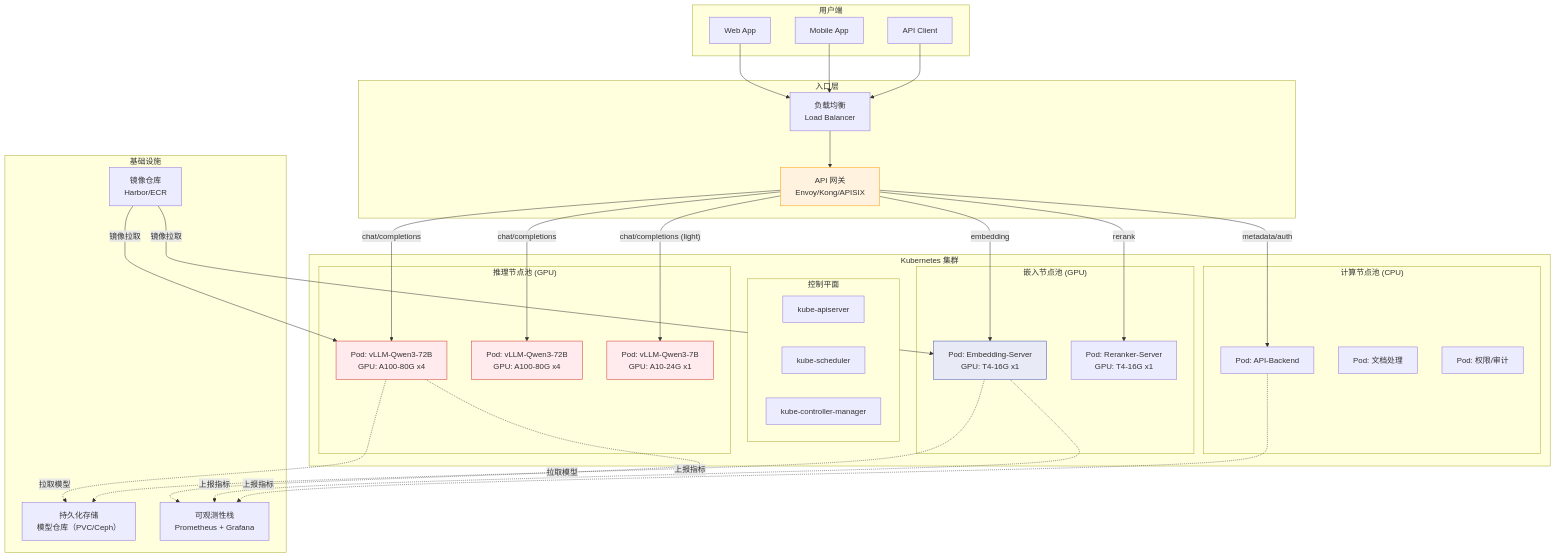
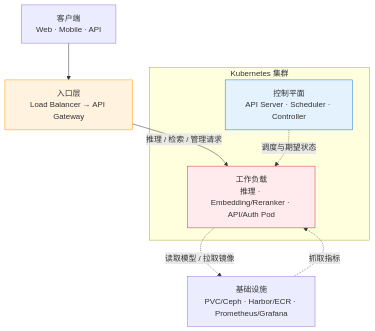
Before and after one commit to BeefWrap4/LLM-Knowledge-Base: the second of 7 diagrams in 24_云原生部署与工程化.md, drawn with Mermaid. The commit also changed other lines of this file and 8 other files, not shown here.

Commit message:
Fix Mermaid semantics and Obsidian layouts

````diff
--- a/24_云原生部署与工程化.md
+++ b/24_云原生部署与工程化.md
@@ -99,70 +99,22 @@
 ```mermaid
 graph TB
-    subgraph "用户端"
-        U1["Web App"]
-        U2["Mobile App"]
-        U3["API Client"]
+    Clients["客户端<br/>Web · Mobile · API"]
+    Entry["入口层<br/>Load Balancer → API Gateway"]
+
+    subgraph "Kubernetes 集群"
+        Control["控制平面<br/>API Server · Scheduler · Controller"]
+        Workloads["工作负载<br/>推理 · Embedding/Reranker · API/Auth Pod"]
     end
 
-    subgraph "入口层"
-        LB["负载均衡<br/>Load Balancer"]
-        GW["API 网关<br/>Envoy/Kong/APISIX"]
-    end
+    Infra["基础设施<br/>PVC/Ceph · Harbor/ECR · Prometheus/Grafana"]
 
-    subgraph "Kubernetes 集群"
-        subgraph "控制平面"
-            API["kube-apiserver"]
-            SCH["kube-scheduler"]
-            CM["kube-controller-manager"]
-        end
+    Clients --> Entry
+    Entry -->|"推理 / 检索 / 管理请求"| Workloads
+    Control -.->|"调度与期望状态"| Workloads
+    Workloads -.->|"读取模型 / 拉取镜像"| Infra
+    Infra -.->|"抓取指标"| Workloads
 
-        subgraph "推理节点池 (GPU)"
-            GPU1["Pod: vLLM-Qwen3-72B<br/>GPU: A100-80G x4"]
-            GPU2["Pod: vLLM-Qwen3-72B<br/>GPU: A100-80G x4"]
-            GPU3["Pod: vLLM-Qwen3-7B<br/>GPU: A10-24G x1"]
-        end
-
-        subgraph "嵌入节点池 (GPU)"
-            EMB1["Pod: Embedding-Server<br/>GPU: T4-16G x1"]
-            EMB2["Pod: Reranker-Server<br/>GPU: T4-16G x1"]
-        end
-
-        subgraph "计算节点池 (CPU)"
-            CPU1["Pod: API-Backend"]
-            CPU2["Pod: 文档处理"]
-            CPU3["Pod: 权限/审计"]
-        end
-    end
-
-    subgraph "基础设施"
-        PVC["持久化存储<br/>模型仓库（PVC/Ceph）"]
-        MON["可观测性栈<br/>Prometheus + Grafana"]
-        REG["镜像仓库<br/>Harbor/ECR"]
-    end
-
-    U1 --> LB
-    U2 --> LB
-    U3 --> LB
-    LB --> GW
-    GW --> |"chat/completions"| GPU1
-    GW --> |"chat/completions"| GPU2
-    GW --> |"chat/completions (light)"| GPU3
-    GW --> |"embedding"| EMB1
-    GW --> |"rerank"| EMB2
-    GW --> |"metadata/auth"| CPU1
-
-    GPU1 -.->|"拉取模型"| PVC
-    EMB1 -.->|"拉取模型"| PVC
-    GPU1 -.->|"上报指标"| MON
-    EMB1 -.->|"上报指标"| MON
-    CPU1 -.->|"上报指标"| MON
-
-    REG --> |"镜像拉取"| GPU1
-    REG --> |"镜像拉取"| EMB1
-
-    style GPU1 fill:#ffebee,stroke:#d32f2f
-    style GPU2 fill:#ffebee,stroke:#d32f2f
-    style GPU3 fill:#ffebee,stroke:#d32f2f
-    style EMB1 fill:#e8eaf6,stroke:#3f51b5
-    style GW fill:#fff3e0,stroke:#ff9800
+    style Workloads fill:#ffebee,stroke:#d32f2f
+    style Entry fill:#fff3e0,stroke:#ff9800
+    style Control fill:#e3f2fd,stroke:#1976d2
 ```
````
